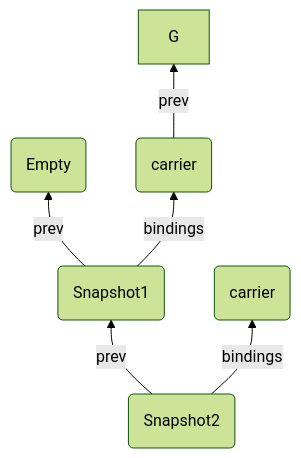
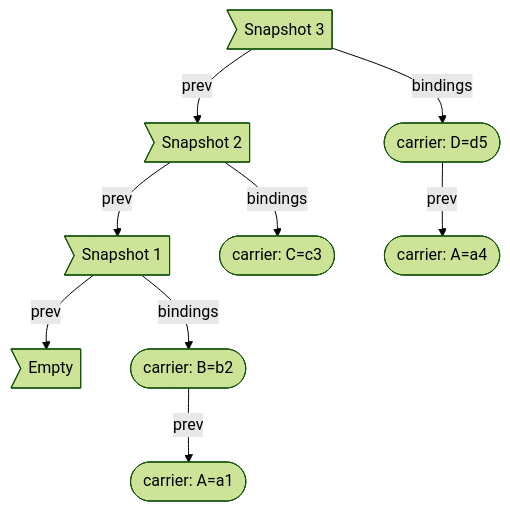
Before and after one commit to realjenius/realjenius.com: the third of 4 diagrams in content/post/java/scoped-values.md, drawn with Mermaid (forest theme). The commit also changed other lines of this file, not shown here.

```diff
--- a/content/post/java/scoped-values.md
+++ b/content/post/java/scoped-values.md
@@ -116,8 +134,20 @@
 {{< mermaid >}}
-graph BT
-A(Snapshot2) -- prev --> B(Snapshot1)
-B(Snapshot1) -- prev --> C(Empty)
-B -- bindings --> F(carrier)
-A -- bindings --> D(carrier)
-F -- prev --> G
+flowchart TB
+s3>Snapshot 3]
+s2>Snapshot 2]
+s1>Snapshot 1]
+s3c1([carrier: D=d5])
+s3c2([carrier: A=a4])
+s2c1([carrier: C=c3])
+s1c1([carrier: B=b2])
+s1c2([carrier: A=a1])
+s0>Empty]
+s3 -- prev --> s2
+s3 -- bindings --> s3c1
+s3c1 -- prev --> s3c2
+s2 -- prev --> s1
+s2 -- bindings --> s2c1
+s1 -- prev --> s0
+s1 -- bindings --> s1c1
+s1c1 -- prev --> s1c2
 {{< /mermaid >}}
```
